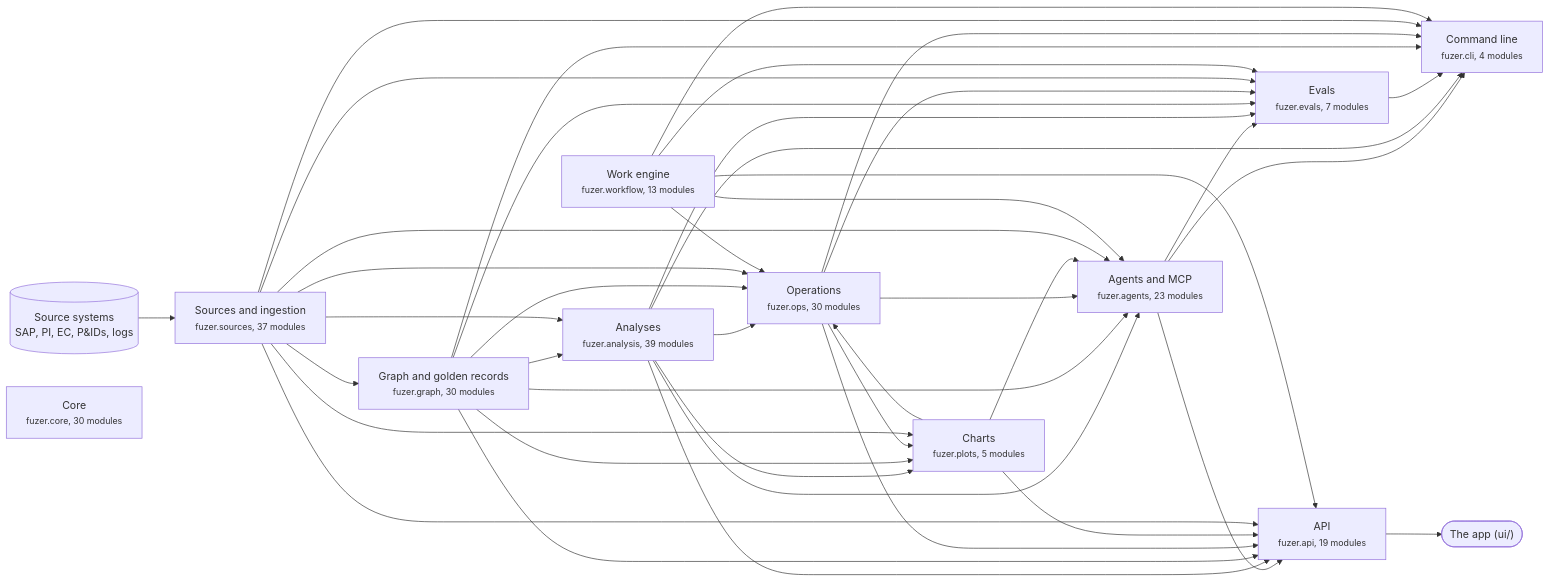
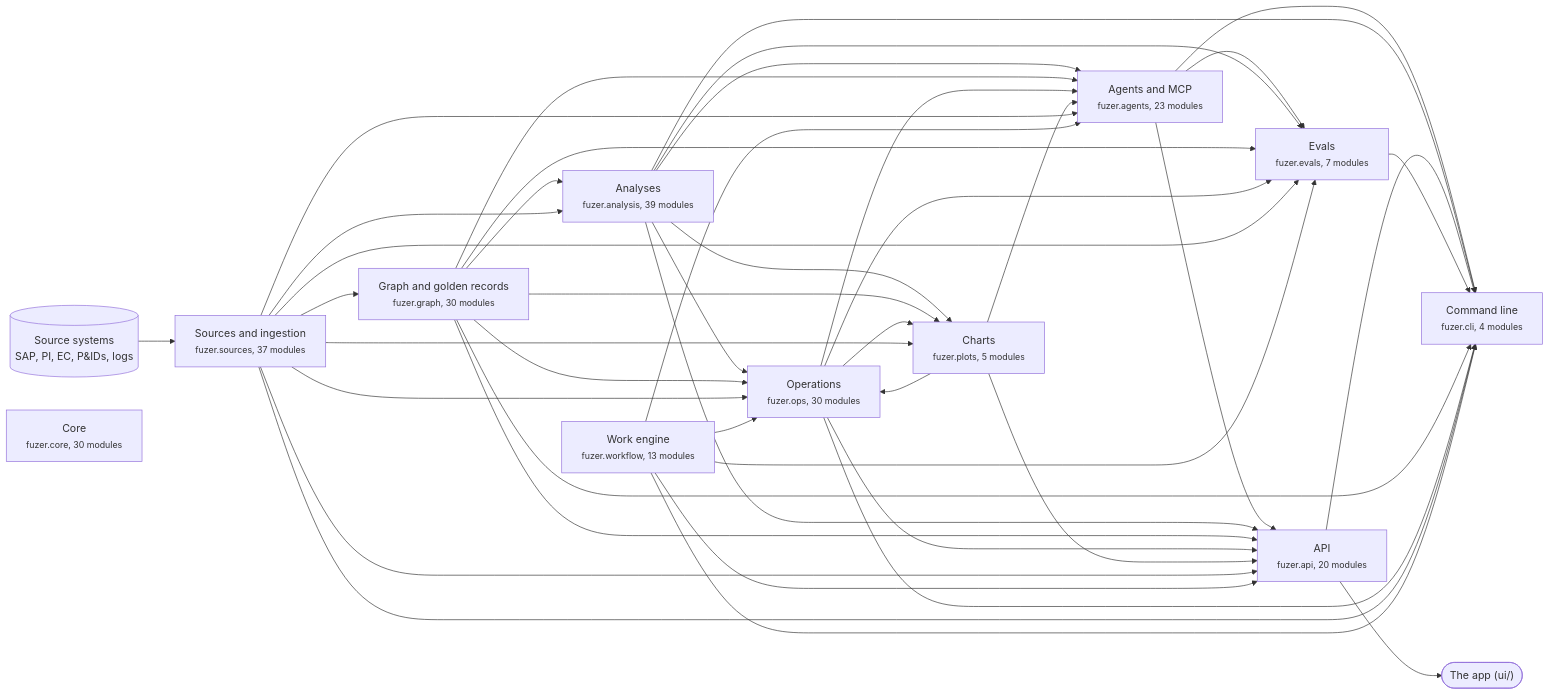
The first of 3 diagrams in docs/architecture.md (areed145/fuzer), drawn with Mermaid before and after one commit. The commit also changed other lines of this file and 68 other files, not shown here.

````diff
--- a/docs/architecture.md
+++ b/docs/architecture.md
@@ -8,66 +8,67 @@
 ```mermaid
 flowchart LR
   systems[("Source systems<br>SAP, PI, EC, P&IDs, logs")] --> c_sources
   app(["The app (ui/)"])
   c_api --> app
   c_sources["Sources and ingestion<br><small>fuzer.sources, 37 modules</small>"]
   c_graph["Graph and golden records<br><small>fuzer.graph, 30 modules</small>"]
   c_analysis["Analyses<br><small>fuzer.analysis, 39 modules</small>"]
   c_ops["Operations<br><small>fuzer.ops, 30 modules</small>"]
   c_plots["Charts<br><small>fuzer.plots, 5 modules</small>"]
   c_workflow["Work engine<br><small>fuzer.workflow, 13 modules</small>"]
   c_agents["Agents and MCP<br><small>fuzer.agents, 23 modules</small>"]
   c_evals["Evals<br><small>fuzer.evals, 7 modules</small>"]
-  c_api["API<br><small>fuzer.api, 19 modules</small>"]
+  c_api["API<br><small>fuzer.api, 20 modules</small>"]
   c_cli["Command line<br><small>fuzer.cli, 4 modules</small>"]
   c_core["Core<br><small>fuzer.core, 30 modules</small>"]
   c_sources --> c_graph
   c_graph --> c_analysis
   c_sources --> c_analysis
   c_analysis --> c_ops
   c_graph --> c_ops
   c_plots --> c_ops
   c_sources --> c_ops
   c_workflow --> c_ops
   c_analysis --> c_plots
   c_graph --> c_plots
   c_ops --> c_plots
   c_sources --> c_plots
   c_analysis --> c_agents
   c_graph --> c_agents
   c_ops --> c_agents
   c_plots --> c_agents
   c_sources --> c_agents
   c_workflow --> c_agents
   c_agents --> c_evals
   c_analysis --> c_evals
   c_graph --> c_evals
   c_ops --> c_evals
   c_sources --> c_evals
   c_workflow --> c_evals
   c_agents --> c_api
   c_analysis --> c_api
   c_graph --> c_api
   c_ops --> c_api
   c_plots --> c_api
   c_sources --> c_api
   c_workflow --> c_api
   c_agents --> c_cli
   c_analysis --> c_cli
+  c_api --> c_cli
   c_evals --> c_cli
   c_graph --> c_cli
   c_ops --> c_cli
   c_sources --> c_cli
   c_workflow --> c_cli
   click c_sources "https://github.com/areed145/fuzer/tree/main/src/fuzer/sources"
   click c_graph "https://github.com/areed145/fuzer/tree/main/src/fuzer/graph"
   click c_analysis "https://github.com/areed145/fuzer/tree/main/src/fuzer/analysis"
   click c_ops "https://github.com/areed145/fuzer/tree/main/src/fuzer/ops"
   click c_plots "https://github.com/areed145/fuzer/tree/main/src/fuzer/plots"
   click c_workflow "https://github.com/areed145/fuzer/tree/main/src/fuzer/workflow"
   click c_agents "https://github.com/areed145/fuzer/tree/main/src/fuzer/agents"
   click c_evals "https://github.com/areed145/fuzer/tree/main/src/fuzer/evals"
   click c_api "https://github.com/areed145/fuzer/tree/main/src/fuzer/api"
   click c_cli "https://github.com/areed145/fuzer/tree/main/src/fuzer/cli"
   click c_core "https://github.com/areed145/fuzer/tree/main/src/fuzer/core"
 ```
````
